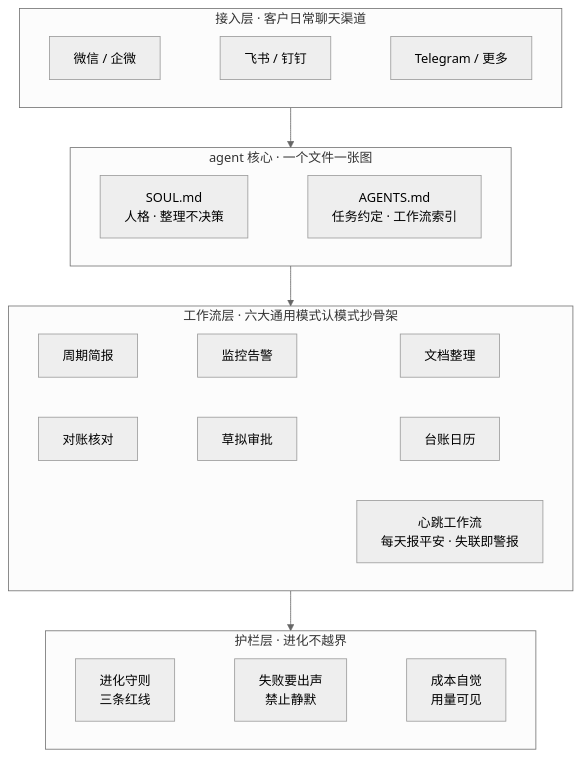
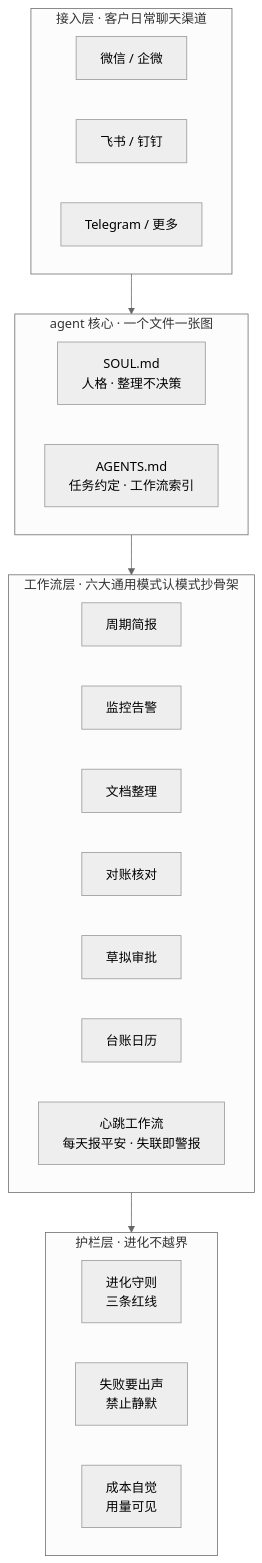
Before and after one commit to August06exe/ai-landing-consultant: the fourth of 4 diagrams in README.md, drawn with Mermaid (neutral theme). The commit also changed other lines of this file and 18 other files, not shown here.

````diff
--- a/README.md
+++ b/README.md
@@ -148,18 +150,27 @@
 ```mermaid
 flowchart TB
     subgraph L1["接入层 · 客户日常聊天渠道"]
-        W1["微信 / 企微"] ~~~ W2["飞书 / 钉钉"] ~~~ W3["Telegram / 更多"]
+        W1["微信 / 企微"]
+        W2["飞书 / 钉钉"]
+        W3["Telegram / 更多"]
     end
     subgraph L2["agent 核心 · 一个文件一张图"]
-        SOUL["SOUL.md<br/>人格 · 整理不决策"] ~~~ AGENTS["AGENTS.md<br/>任务约定 · 工作流索引"]
+        SOUL["SOUL.md<br/>人格 · 整理不决策"]
+        AGENTS["AGENTS.md<br/>任务约定 · 工作流索引"]
     end
     subgraph L3["工作流层 · 六大通用模式认模式抄骨架"]
-        M1["周期简报"] ~~~ M2["监控告警"] ~~~ M3["文档整理"]
-        M4["对账核对"] ~~~ M5["草拟审批"] ~~~ M6["台账日历"]
+        M1["周期简报"]
+        M2["监控告警"]
+        M3["文档整理"]
+        M4["对账核对"]
+        M5["草拟审批"]
+        M6["台账日历"]
         HB["心跳工作流<br/>每天报平安 · 失联即警报"]
     end
     subgraph L4["护栏层 · 进化不越界"]
-        G1["进化守则<br/>三条红线"] ~~~ G2["失败要出声<br/>禁止静默"] ~~~ G3["成本自觉<br/>用量可见"]
+        G1["进化守则<br/>三条红线"]
+        G2["失败要出声<br/>禁止静默"]
+        G3["成本自觉<br/>用量可见"]
     end
     L1 --> L2 --> L3 --> L4
 ```
````
